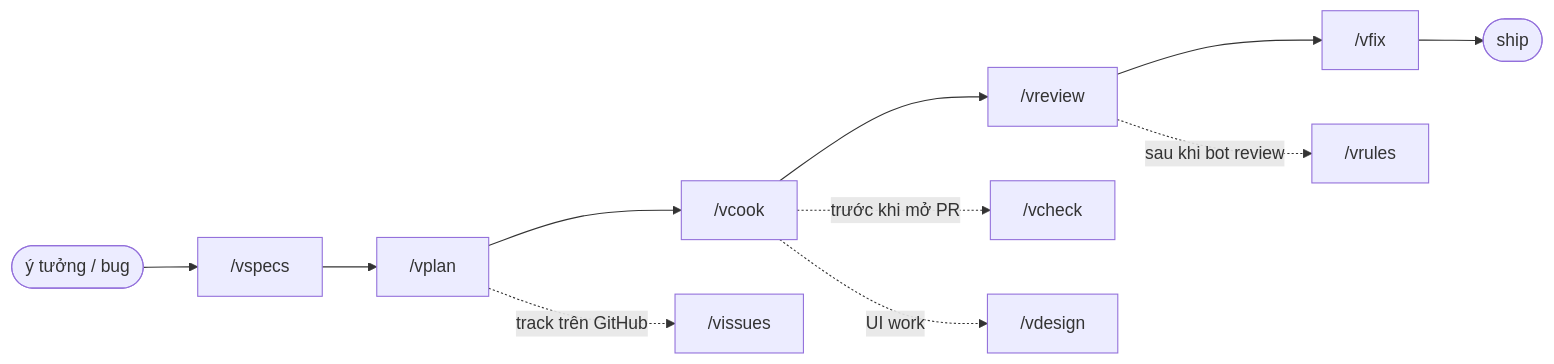
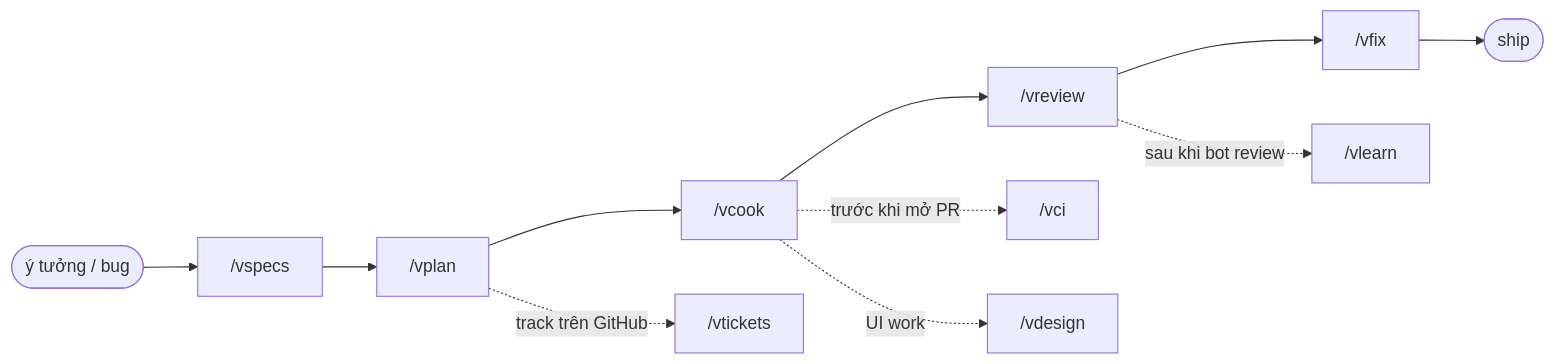
The diagram in README.vi.md (vyvu99/vskills), drawn with Mermaid before and after one commit. The commit also changed other lines of this file and 78 other files, not shown here.

````diff
--- a/README.vi.md
+++ b/README.vi.md
@@ -26,14 +26,14 @@
 ```mermaid
 flowchart LR
     idea(["ý tưởng / bug"]) --> specs["/vspecs"]
     specs --> plan["/vplan"]
     plan --> cook["/vcook"]
     cook --> review["/vreview"]
     review --> fix["/vfix"]
     fix --> ship(["ship"])
 
-    plan -. track trên GitHub .-> issues["/vissues"]
-    cook -. trước khi mở PR .-> check["/vcheck"]
+    plan -. track trên GitHub .-> issues["/vtickets"]
+    cook -. trước khi mở PR .-> check["/vci"]
     cook -. UI work .-> design["/vdesign"]
-    review -. sau khi bot review .-> rules["/vrules"]
+    review -. sau khi bot review .-> rules["/vlearn"]
 ```
````
